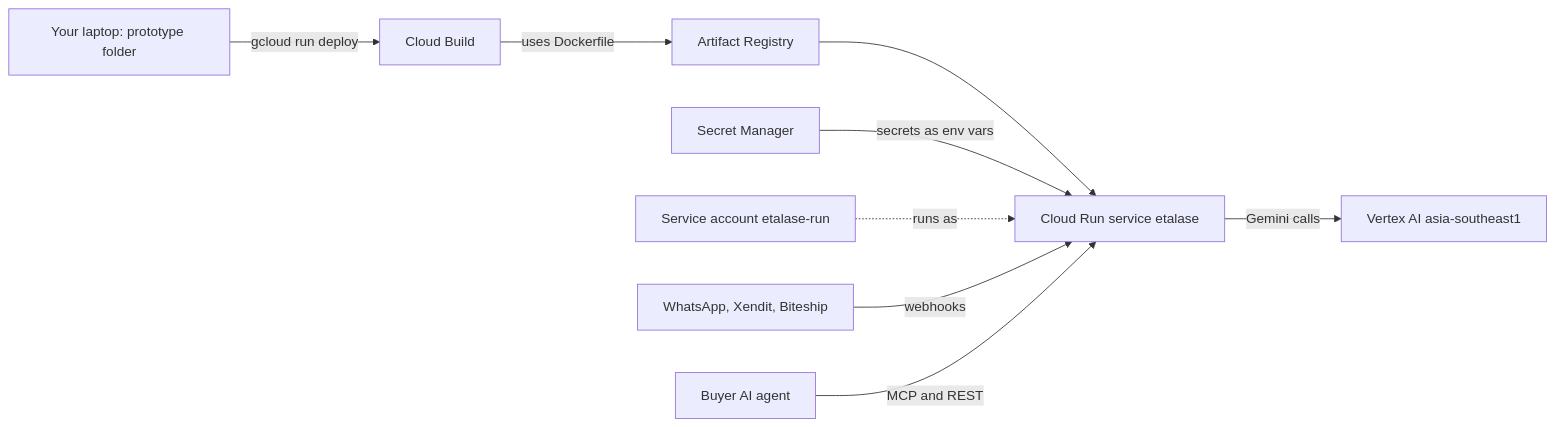
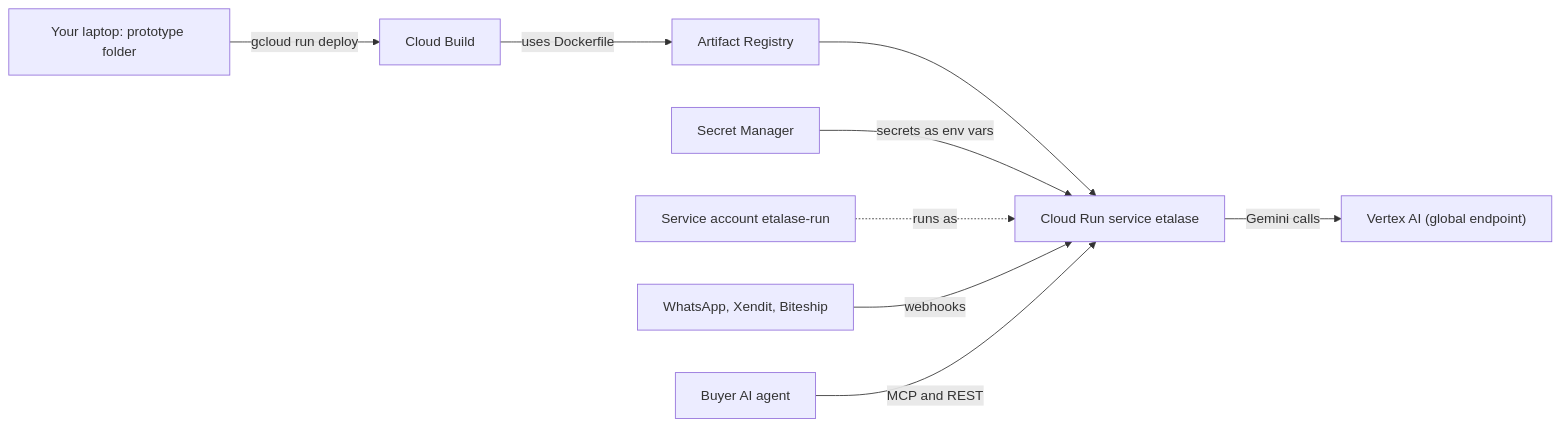
One commit to galihsatriawan/etalase changed the first of 2 diagrams in learn/ship/deploy.md. Above: the diagram before and after it, drawn with Mermaid. The commit also changed other lines of this file and 7 other files, not shown here.

First line of the commit message:
Default Gemini on Vertex AI to the global endpoint

````diff
--- a/learn/ship/deploy.md
+++ b/learn/ship/deploy.md
@@ -31,11 +31,11 @@
 ```mermaid
 flowchart LR
   dev["Your laptop: prototype folder"] -->|"gcloud run deploy"| cb[Cloud Build]
   cb -->|"uses Dockerfile"| ar[Artifact Registry]
   ar --> run["Cloud Run service etalase"]
   sm[Secret Manager] -->|"secrets as env vars"| run
   sa["Service account etalase-run"] -.->|"runs as"| run
-  run -->|"Gemini calls"| vx["Vertex AI asia-southeast1"]
+  run -->|"Gemini calls"| vx["Vertex AI (global endpoint)"]
   wa["WhatsApp, Xendit, Biteship"] -->|"webhooks"| run
   agent["Buyer AI agent"] -->|"MCP and REST"| run
 ```
````
